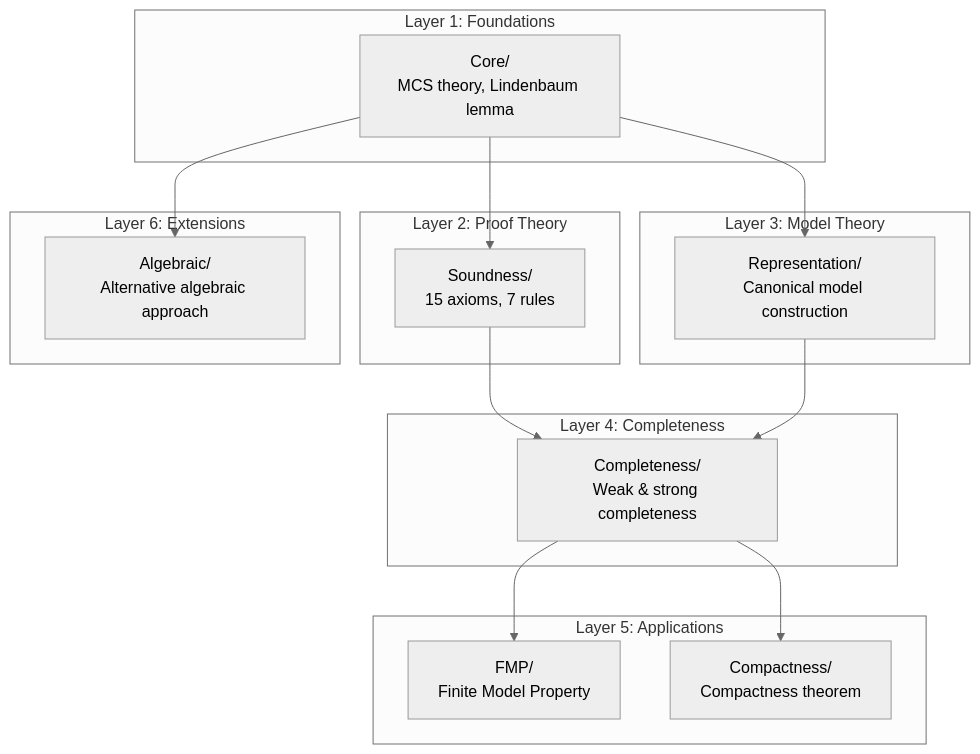
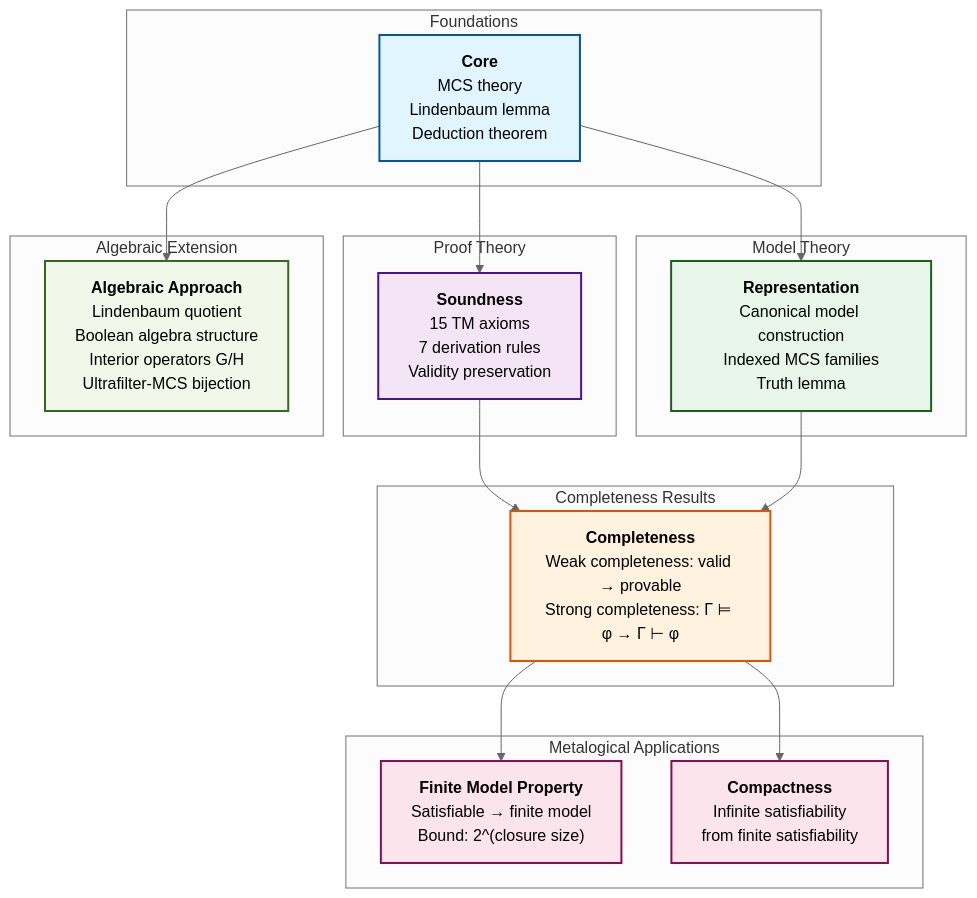
One commit to benbrastmckie/ProofChecker changed the diagram in Theories/Bimodal/Metalogic/README.md. Above: the diagram before and after it, drawn with Mermaid (neutral theme).

Commit message:
docs: improve Mermaid diagram formatting and styling
- Remove numbered "Layer N" labels, use descriptive category names
- Replace <br/> tags with markdown string syntax for better text wrapping
- Add detailed multi-line descriptions with bold headers
- Apply CSS styling classes for visual distinction
- Enhance readability with color-coded subgraphs

````diff
--- a/Theories/Bimodal/Metalogic/README.md
+++ b/Theories/Bimodal/Metalogic/README.md
@@ -110,35 +110,68 @@
 ```mermaid
 flowchart TD
-    subgraph "Layer 1: Foundations"
-        Core[Core/<br/>MCS theory, Lindenbaum lemma]
+    subgraph Foundations
+        Core["`**Core**
+        MCS theory
+        Lindenbaum lemma
+        Deduction theorem`"]
     end
 
-    subgraph "Layer 2: Proof Theory"
-        Soundness[Soundness/<br/>15 axioms, 7 rules]
+    subgraph ProofTheory["Proof Theory"]
+        Soundness["`**Soundness**
+        15 TM axioms
+        7 derivation rules
+        Validity preservation`"]
     end
 
-    subgraph "Layer 3: Model Theory"
-        Representation[Representation/<br/>Canonical model construction]
+    subgraph ModelTheory["Model Theory"]
+        Representation["`**Representation**
+        Canonical model construction
+        Indexed MCS families
+        Truth lemma`"]
     end
 
-    subgraph "Layer 4: Completeness"
-        Completeness[Completeness/<br/>Weak & strong completeness]
+    subgraph CompletenessResults["Completeness Results"]
+        Completeness["`**Completeness**
+        Weak completeness: valid → provable
+        Strong completeness: Γ ⊨ φ → Γ ⊢ φ`"]
     end
 
-    subgraph "Layer 5: Applications"
-        FMP[FMP/<br/>Finite Model Property]
-        Compactness[Compactness/<br/>Compactness theorem]
+    subgraph MetalogicalApplications["Metalogical Applications"]
+        FMP["`**Finite Model Property**
+        Satisfiable → finite model
+        Bound: 2^(closure size)`"]
+        Compactness["`**Compactness**
+        Infinite satisfiability
+        from finite satisfiability`"]
     end
 
-    subgraph "Layer 6: Extensions"
-        Algebraic[Algebraic/<br/>Alternative algebraic approach]
+    subgraph AlgebraicExtension["Algebraic Extension"]
+        Algebraic["`**Algebraic Approach**
+        Lindenbaum quotient
+        Boolean algebra structure
+        Interior operators G/H
+        Ultrafilter-MCS bijection`"]
     end
 
     Core --> Soundness
     Core --> Representation
     Soundness --> Completeness
     Representation --> Completeness
     Completeness --> FMP
     Completeness --> Compactness
     Core --> Algebraic
+
+    classDef foundationStyle fill:#e1f5ff,stroke:#01579b,stroke-width:2px
+    classDef proofStyle fill:#f3e5f5,stroke:#4a148c,stroke-width:2px
+    classDef modelStyle fill:#e8f5e9,stroke:#1b5e20,stroke-width:2px
+    classDef completenessStyle fill:#fff3e0,stroke:#e65100,stroke-width:2px
+    classDef applicationStyle fill:#fce4ec,stroke:#880e4f,stroke-width:2px
+    classDef algebraicStyle fill:#f1f8e9,stroke:#33691e,stroke-width:2px
+
+    class Core foundationStyle
+    class Soundness proofStyle
+    class Representation modelStyle
+    class Completeness completenessStyle
+    class FMP,Compactness applicationStyle
+    class Algebraic algebraicStyle
 ```
````
